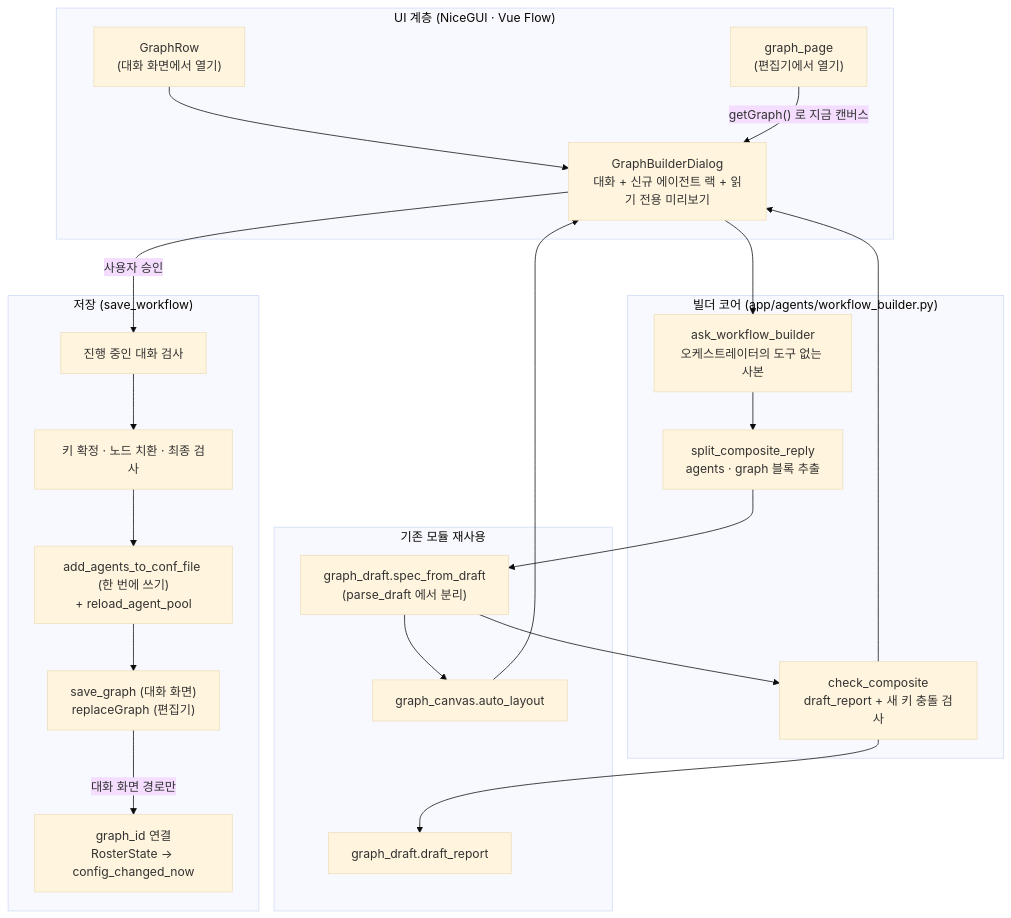
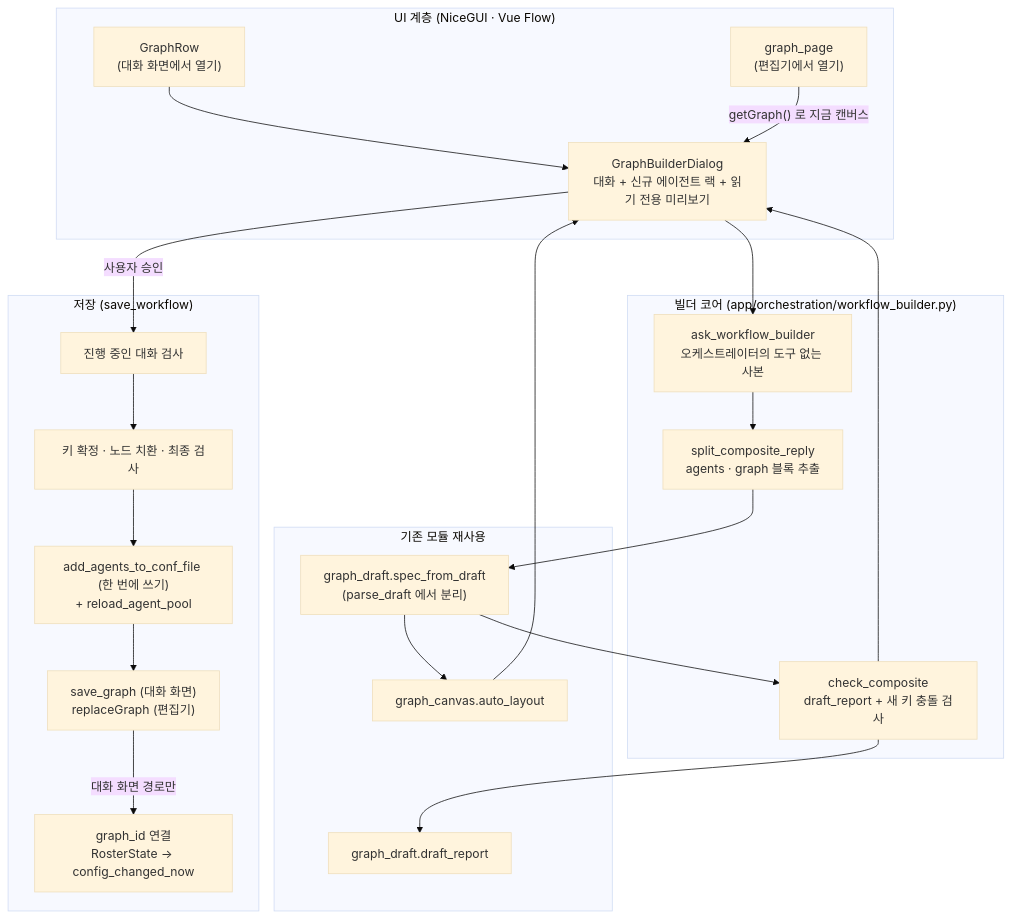
The diagram in docs/feature_creating_graph.md (HaJaehee/MultiAgentDebateAndOrchestrationPlatform), drawn with Mermaid (base theme) before and after one commit. The commit also changed other lines of this file and 16 other files, not shown here.

````diff
--- a/docs/feature_creating_graph.md
+++ b/docs/feature_creating_graph.md
@@ -38,45 +38,45 @@
 ```mermaid
 flowchart TD
     subgraph UI_Layer ["UI 계층 (NiceGUI · Vue Flow)"]
         Row["GraphRow<br>(대화 화면에서 열기)"]
         Editor["graph_page<br>(편집기에서 열기)"]
         Dialog["GraphBuilderDialog<br>대화 + 신규 에이전트 랙 + 읽기 전용 미리보기"]
     end
 
-    subgraph Core_Layer ["빌더 코어 (app/agents/workflow_builder.py)"]
+    subgraph Core_Layer ["빌더 코어 (app/orchestration/workflow_builder.py)"]
         Ask["ask_workflow_builder<br>오케스트레이터의 도구 없는 사본"]
         Split["split_composite_reply<br>agents · graph 블록 추출"]
         Check["check_composite<br>draft_report + 새 키 충돌 검사"]
     end
 
     subgraph Reuse_Layer ["기존 모듈 재사용"]
         SpecFrom["graph_draft.spec_from_draft<br>(parse_draft 에서 분리)"]
         Report["graph_draft.draft_report"]
         Layout["graph_canvas.auto_layout"]
     end
 
     subgraph Save_Layer ["저장 (save_workflow)"]
         Lock["진행 중인 대화 검사"]
         Keys["키 확정 · 노드 치환 · 최종 검사"]
         Conf["add_agents_to_conf_file (한 번에 쓰기)<br>+ reload_agent_pool"]
         Out["save_graph (대화 화면)<br>replaceGraph (편집기)"]
         Bind["graph_id 연결<br>RosterState → config_changed_now"]
     end
 
     Row --> Dialog
     Editor -- "getGraph() 로 지금 캔버스" --> Dialog
     Dialog --> Ask
     Ask --> Split
     Split --> SpecFrom
     SpecFrom --> Check
     Check --> Report
     Check --> Dialog
     SpecFrom --> Layout
     Layout --> Dialog
 
     Dialog -- "사용자 승인" --> Lock
     Lock --> Keys
     Keys --> Conf
     Conf --> Out
     Out -- "대화 화면 경로만" --> Bind
 ```
````
